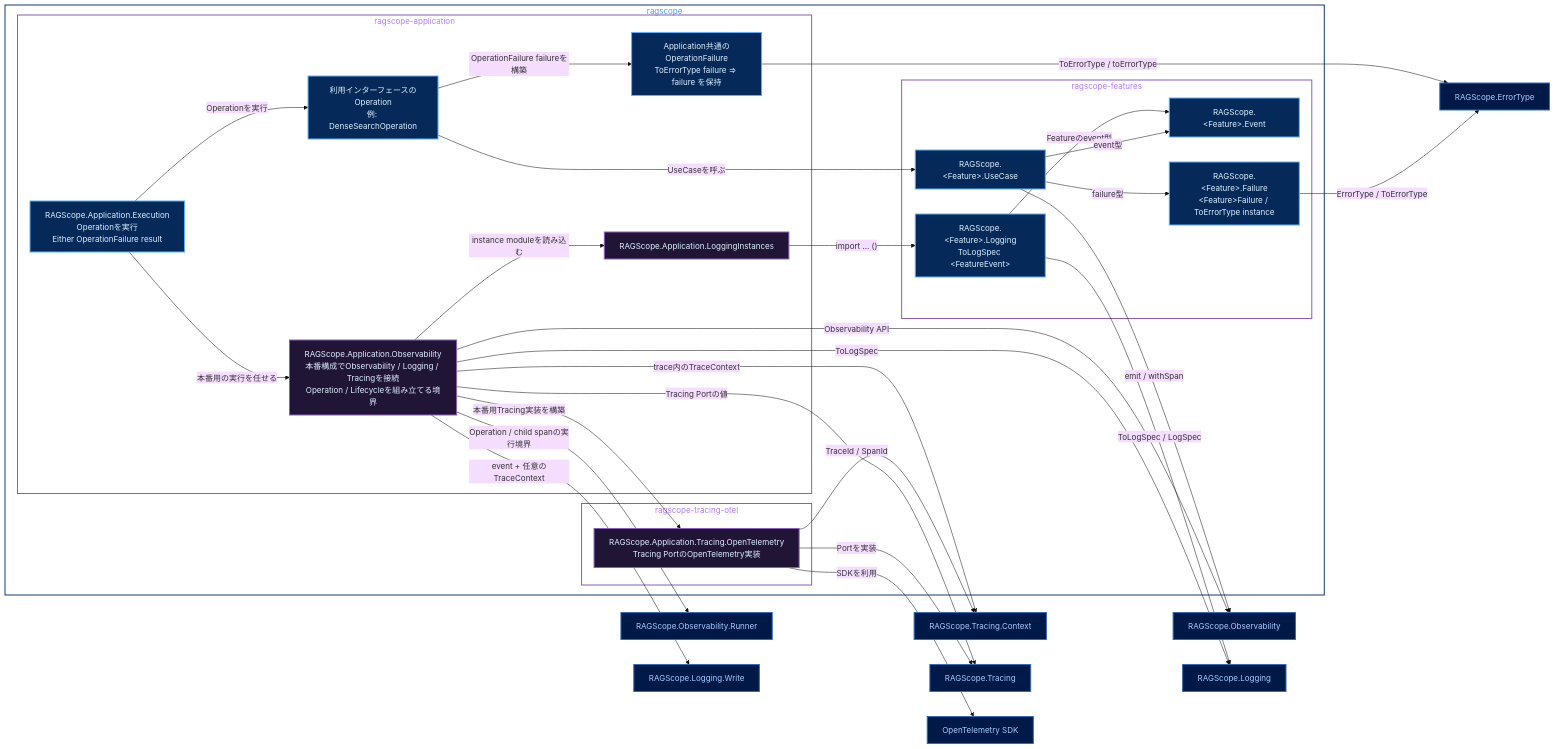
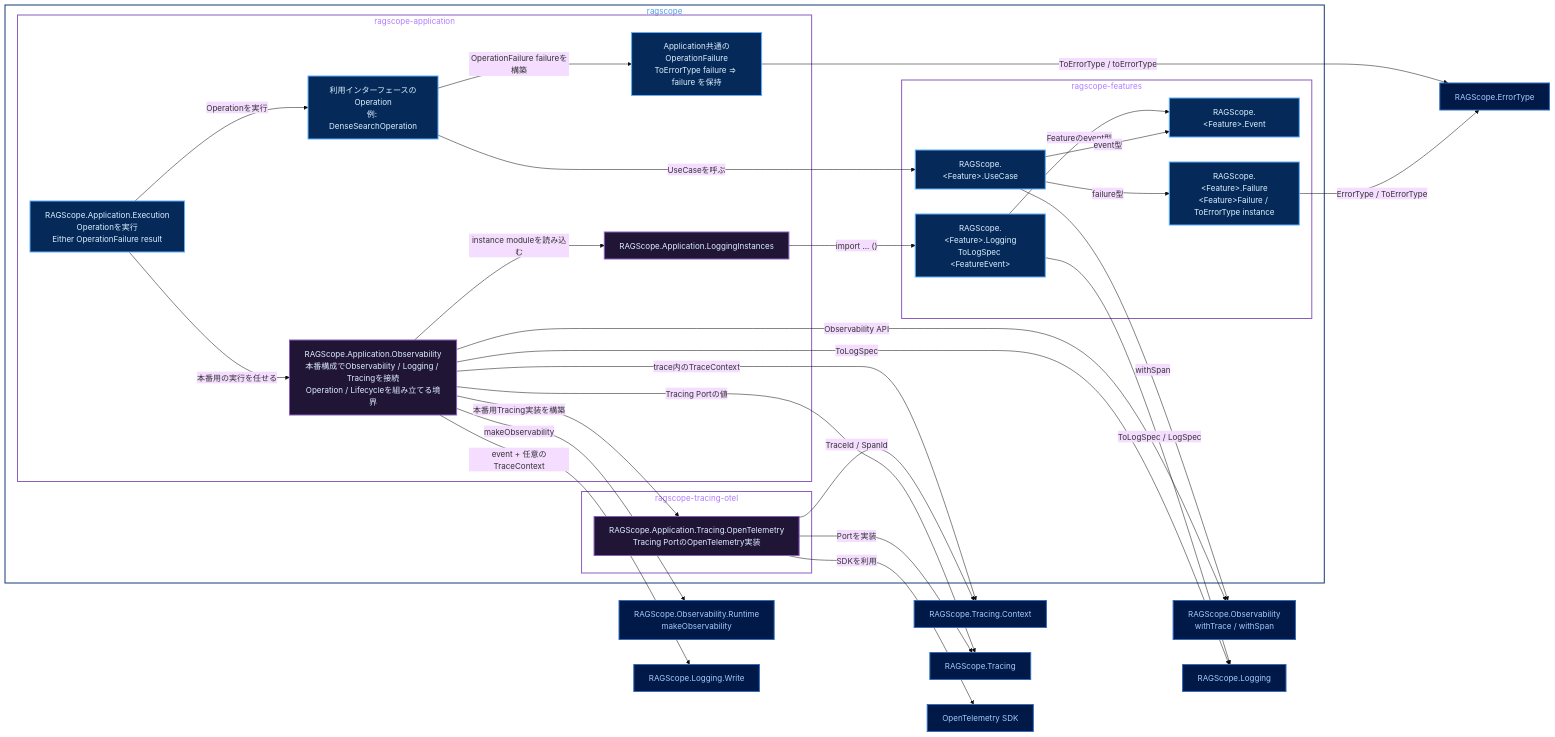
Before and after one commit to takashit16833/Workbench: the diagram in Notes/RAGScope/RAGScopeアプリケーション/実行追跡・構造化ログ静的依存図 Application・Feature.md, drawn with Mermaid (base theme). The commit also changed other lines of this file, not shown here.

Commit message:
chore: sync application observability dependencies

````diff
--- a/Notes/RAGScope/RAGScopeアプリケーション/実行追跡・構造化ログ静的依存図 Application・Feature.md
+++ b/Notes/RAGScope/RAGScopeアプリケーション/実行追跡・構造化ログ静的依存図 Application・Feature.md
@@ -23,74 +23,74 @@
 ```mermaid
 flowchart LR
     subgraph pkg_ragscope["ragscope"]
         subgraph app["ragscope-application"]
             app_exec["RAGScope.Application.Execution<br/>Operationを実行<br/>Either OperationFailure result"]
             app_obs["RAGScope.Application.Observability<br/>本番構成でObservability / Logging / Tracingを接続<br/>Operation / Lifecycleを組み立てる境界"]
             app_instances["RAGScope.Application.LoggingInstances"]
             interface_op["利用インターフェースのOperation<br/>例: DenseSearchOperation"]
             operation_failure["Application共通のOperationFailure<br/>ToErrorType failure =&gt; failure を保持"]
         end
 
         subgraph feature_lib["ragscope-features"]
             feature_usecase["RAGScope.&lt;Feature&gt;.UseCase"]
             feature_event["RAGScope.&lt;Feature&gt;.Event"]
             feature_failure["RAGScope.&lt;Feature&gt;.Failure<br/>&lt;Feature&gt;Failure / ToErrorType instance"]
             feature_logging["RAGScope.&lt;Feature&gt;.Logging<br/>ToLogSpec &lt;FeatureEvent&gt;"]
         end
 
         subgraph otel_adapter_lib["ragscope-tracing-otel"]
             otel_adapter["RAGScope.Application.Tracing.OpenTelemetry<br/>Tracing PortのOpenTelemetry実装"]
         end
     end
 
-    obs["RAGScope.Observability"]
-    runner["RAGScope.Observability.Runner"]
+    obs["RAGScope.Observability<br/>withTrace / withSpan"]
+    obs_runtime["RAGScope.Observability.Runtime<br/>makeObservability"]
     logging["RAGScope.Logging"]
     write["RAGScope.Logging.Write"]
     context["RAGScope.Tracing.Context"]
     tracing["RAGScope.Tracing"]
     error_type["RAGScope.ErrorType"]
     sdk["OpenTelemetry SDK"]
 
     app_exec -->|本番用の実行を任せる| app_obs
     app_exec -->|Operationを実行| interface_op
 
     app_obs -->|instance moduleを読み込む| app_instances
     app_instances -- "import ... ()" --> feature_logging
     feature_logging -->|Featureのevent型| feature_event
     feature_logging -->|ToLogSpec / LogSpec| logging
 
     interface_op -->|UseCaseを呼ぶ| feature_usecase
     interface_op -->|OperationFailure failureを構築| operation_failure
     operation_failure -->|ToErrorType / toErrorType| error_type
 
     feature_usecase -->|event型| feature_event
     feature_usecase -->|failure型| feature_failure
-    feature_usecase -->|emit / withSpan| obs
+    feature_usecase -->|withSpan| obs
     feature_failure -->|ErrorType / ToErrorType| error_type
 
     app_obs -->|Observability API| obs
-    app_obs -->|Operation / child spanの実行境界| runner
+    app_obs -->|makeObservability| obs_runtime
     app_obs -->|ToLogSpec| logging
     app_obs -->|event + 任意のTraceContext| write
     app_obs -->|trace内のTraceContext| context
     app_obs -->|Tracing Portの値| tracing
     app_obs -->|本番用Tracing実装を構築| otel_adapter
 
     otel_adapter -->|Portを実装| tracing
     otel_adapter -->|TraceId / SpanId| context
     otel_adapter -->|SDKを利用| sdk
 
     classDef public fill:#052A59,stroke:#5EAFFF,color:#DDF0FF,stroke-width:2px
     classDef private fill:#211536,stroke:#8A5EC0,color:#DDF0FF,stroke-width:2px
     classDef outside fill:#001947,stroke:#316CBD,color:#A6CAFF,stroke-width:2px
 
     class app_exec,interface_op,operation_failure,feature_usecase,feature_event,feature_failure,feature_logging public
     class app_obs,app_instances,otel_adapter private
-    class obs,runner,logging,write,context,tracing,error_type,sdk outside
+    class obs,obs_runtime,logging,write,context,tracing,error_type,sdk outside
 
     style pkg_ragscope fill:transparent,stroke:#153A75,color:#4C9EEB,stroke-width:2px
     style app fill:transparent,stroke:#8A5EC0,color:#B07CFF,stroke-width:2px
     style feature_lib fill:transparent,stroke:#8A5EC0,color:#B07CFF,stroke-width:2px
     style otel_adapter_lib fill:transparent,stroke:#8A5EC0,color:#B07CFF,stroke-width:2px
 ```
````
